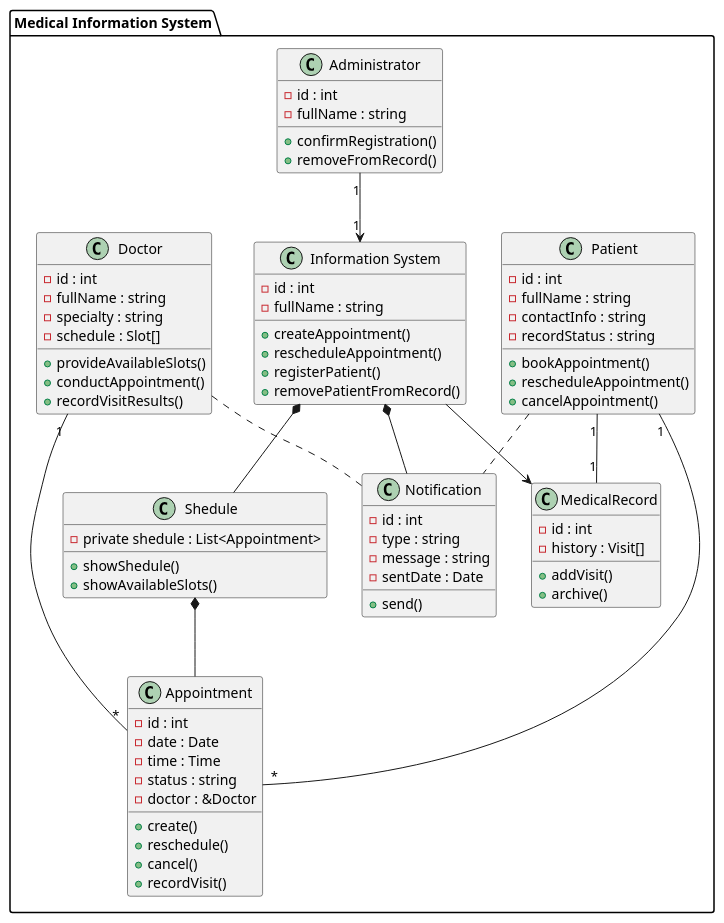
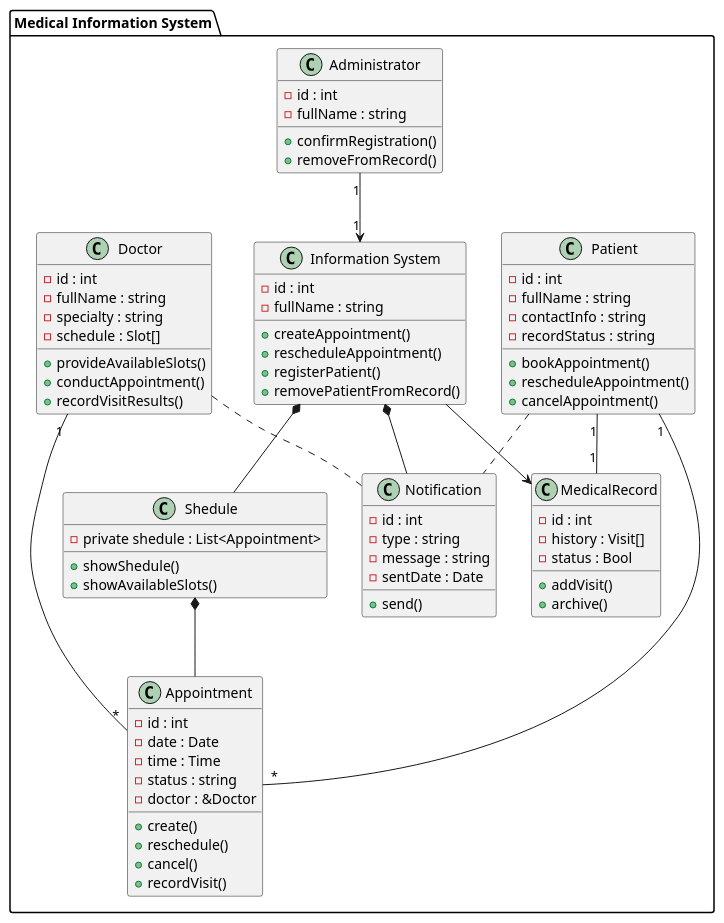
One commit to penamarth/bsbo-13-23_team3_var3_clinic changed the diagram in class_diagram.puml. Above: the diagram before and after it, drawn with PlantUML.

Commit message:
Update class_diagram.puml
Процесс изменения диаграммы классов

```diff
--- a/class_diagram.puml
+++ b/class_diagram.puml
@@ -1,85 +1,86 @@
 @startuml
 package "Medical Information System" {
 class Patient {
   - id : int
   - fullName : string
   - contactInfo : string
   - recordStatus : string
   + bookAppointment()
   + rescheduleAppointment()
   + cancelAppointment()
 }
 
 class "Information System" {
   - id : int
   - fullName : string
   + createAppointment()
   + rescheduleAppointment()
   + registerPatient()
   + removePatientFromRecord()
 }
 
 class Doctor {
   - id : int
   - fullName : string
   - specialty : string
   - schedule : Slot[]
   + provideAvailableSlots()
   + conductAppointment()
   + recordVisitResults()
 }
 
 class Administrator {
   - id : int
   - fullName : string
   + confirmRegistration()
   + removeFromRecord()
 }
 
 class Shedule {
   - private shedule : List<Appointment>
   + showShedule()
   + showAvailableSlots()
 }
 
 class Appointment {
   - id : int
   - date : Date
   - time : Time
   - status : string
   - doctor : &Doctor
   + create()
   + reschedule()
   + cancel()
   + recordVisit()
 }
 
 class MedicalRecord {
   - id : int
   - history : Visit[]
+  - status : Bool
   + addVisit()
   + archive()
 }
 
 class Notification {
   - id : int
   - type : string
   - message : string
   - sentDate : Date
   + send()
 }
 
 Patient "1" -- "1" MedicalRecord
 Patient "1" -- "*" Appointment
 Patient .. Notification
 Doctor .. Notification
 Doctor "1" -- "*" Appointment
 
 Administrator "1" --> "1" "Information System"
 
 "Information System" --> MedicalRecord
 "Information System" *-- Shedule
 "Information System" *-- Notification
 Shedule *-- Appointment
 }
 @enduml
```
